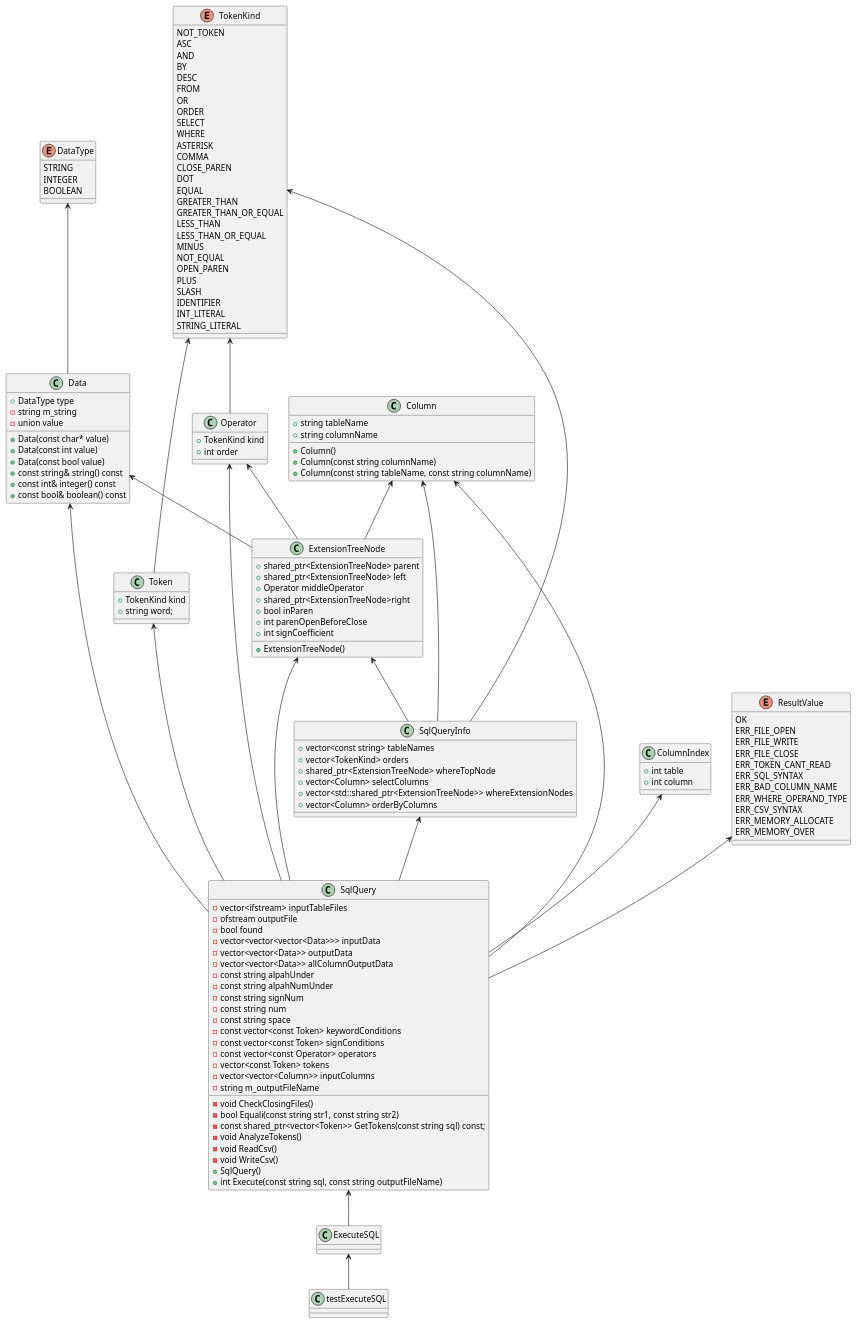
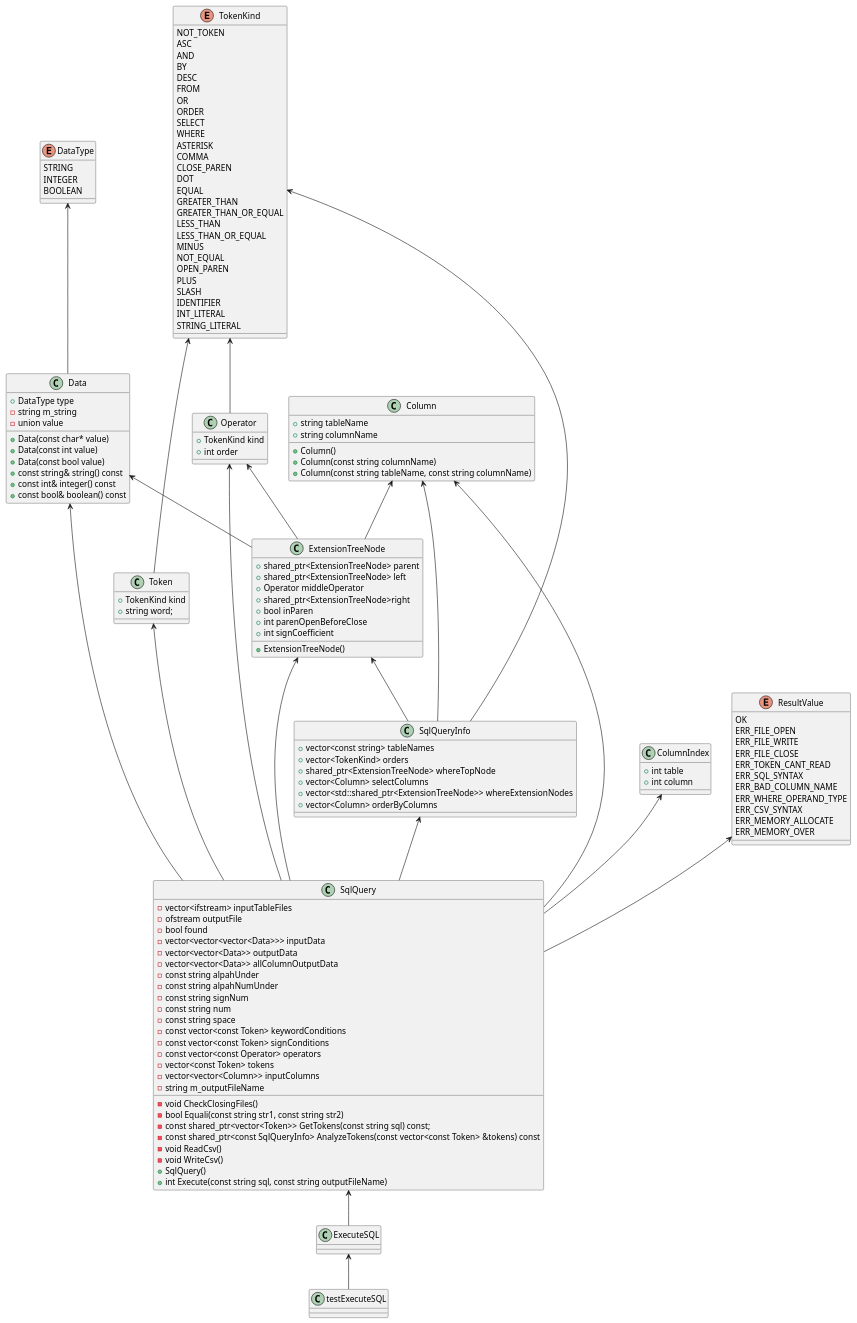
One commit to yotten/TinySQL changed the diagram in ExecuteSQL.pu. Above: the diagram before and after it, drawn with PlantUML. The commit also changed 3 other files, not shown here.

```diff
--- a/ExecuteSQL.pu
+++ b/ExecuteSQL.pu
@@ -1,153 +1,153 @@
 @startuml
 
 class testExecuteSQL {}
 class SqlQueryInfo {
 	+vector<const string> tableNames
 	+vector<TokenKind> orders
 	+shared_ptr<ExtensionTreeNode> whereTopNode
 	+vector<Column> selectColumns
 	+vector<std::shared_ptr<ExtensionTreeNode>> whereExtensionNodes
 	+vector<Column> orderByColumns
 }
 class SqlQuery {
 	-vector<ifstream> inputTableFiles
 	-ofstream outputFile
 	-bool found
 	-vector<vector<vector<Data>>> inputData
 	-vector<vector<Data>> outputData
 	-vector<vector<Data>> allColumnOutputData	
 	-const string alpahUnder
 	-const string alpahNumUnder
 	-const string signNum
 	-const string num
 	-const string space
 	-const vector<const Token> keywordConditions
 	-const vector<const Token> signConditions
 	-const vector<const Operator> operators
 	-vector<const Token> tokens
 	-vector<vector<Column>> inputColumns
 	-void CheckClosingFiles()
 	-string m_outputFileName
 	-bool Equali(const string str1, const string str2)
 	-const shared_ptr<vector<Token>> GetTokens(const string sql) const;
-	-void AnalyzeTokens()
+	-const shared_ptr<const SqlQueryInfo> AnalyzeTokens(const vector<const Token> &tokens) const
 	-void ReadCsv()
 	-void WriteCsv()
 	+SqlQuery()
 	+int Execute(const string sql, const string outputFileName)
 }
 class ExecuteSQL {
 	
 }
 
 class Data {
     +DataType type
 	-string m_string
 	-union value
 	+Data(const char* value)
 	+Data(const int value)
 	+Data(const bool value)
 	+const string& string() const
 	+const int& integer() const
 	+const bool& boolean() const
 }
 class Operator{
     +TokenKind kind
     +int order
 }
 class Token{
     +TokenKind kind
     +string word;
 }
 class ExtensionTreeNode{
 	+shared_ptr<ExtensionTreeNode> parent
 	+shared_ptr<ExtensionTreeNode> left
 	+Operator middleOperator
 	+shared_ptr<ExtensionTreeNode>right
 	+bool inParen
 	+int parenOpenBeforeClose
 	+int signCoefficient
 	+ExtensionTreeNode()
 }
 class ColumnIndex{
     +int table
     +int column
 }
 class Column{
     +string tableName
     +string columnName
     +Column()
     +Column(const string columnName)
     +Column(const string tableName, const string columnName)
 }
 enum DataType{
    	STRING
 	INTEGER
 	BOOLEAN
 }
 enum TokenKind{
     NOT_TOKEN
 	ASC
 	AND
 	BY
 	DESC
 	FROM
 	OR
 	ORDER
 	SELECT
 	WHERE
 	ASTERISK
 	COMMA
 	CLOSE_PAREN
 	DOT
 	EQUAL
 	GREATER_THAN
 	GREATER_THAN_OR_EQUAL
 	LESS_THAN
 	LESS_THAN_OR_EQUAL
 	MINUS
 	NOT_EQUAL
 	OPEN_PAREN
 	PLUS
 	SLASH
 	IDENTIFIER
 	INT_LITERAL
 	STRING_LITERAL
 }
 enum ResultValue{
     OK
 	ERR_FILE_OPEN
 	ERR_FILE_WRITE
 	ERR_FILE_CLOSE
 	ERR_TOKEN_CANT_READ
 	ERR_SQL_SYNTAX
 	ERR_BAD_COLUMN_NAME
 	ERR_WHERE_OPERAND_TYPE
 	ERR_CSV_SYNTAX
 	ERR_MEMORY_ALLOCATE
 	ERR_MEMORY_OVER
 }
 
 ExecuteSQL <-- testExecuteSQL
 SqlQuery <-- ExecuteSQL
 
 Data <-- SqlQuery
 Operator <-- SqlQuery
 Token <-- SqlQuery
 ExtensionTreeNode <-- SqlQuery
 ColumnIndex <-- SqlQuery
 Column <-- SqlQuery
 ResultValue <-- SqlQuery
 SqlQueryInfo <-- SqlQuery
 
 Column <-- SqlQueryInfo
 TokenKind <-- SqlQueryInfo
 ExtensionTreeNode <-- SqlQueryInfo
 
 DataType <-- Data
 TokenKind <-- Token
 TokenKind <-- Operator
 Operator <-- ExtensionTreeNode
 Column <-- ExtensionTreeNode
 Data <-- ExtensionTreeNode
 @enduml
```
